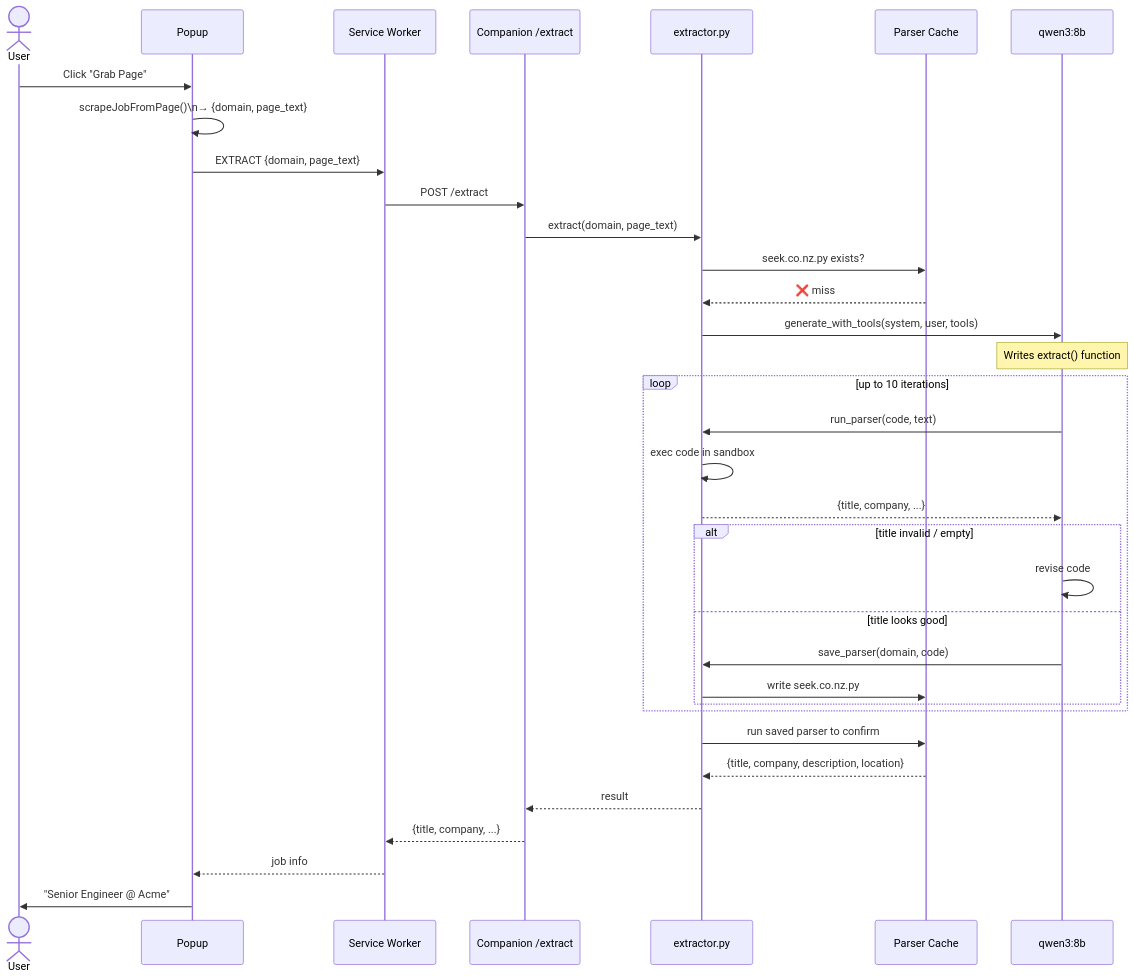
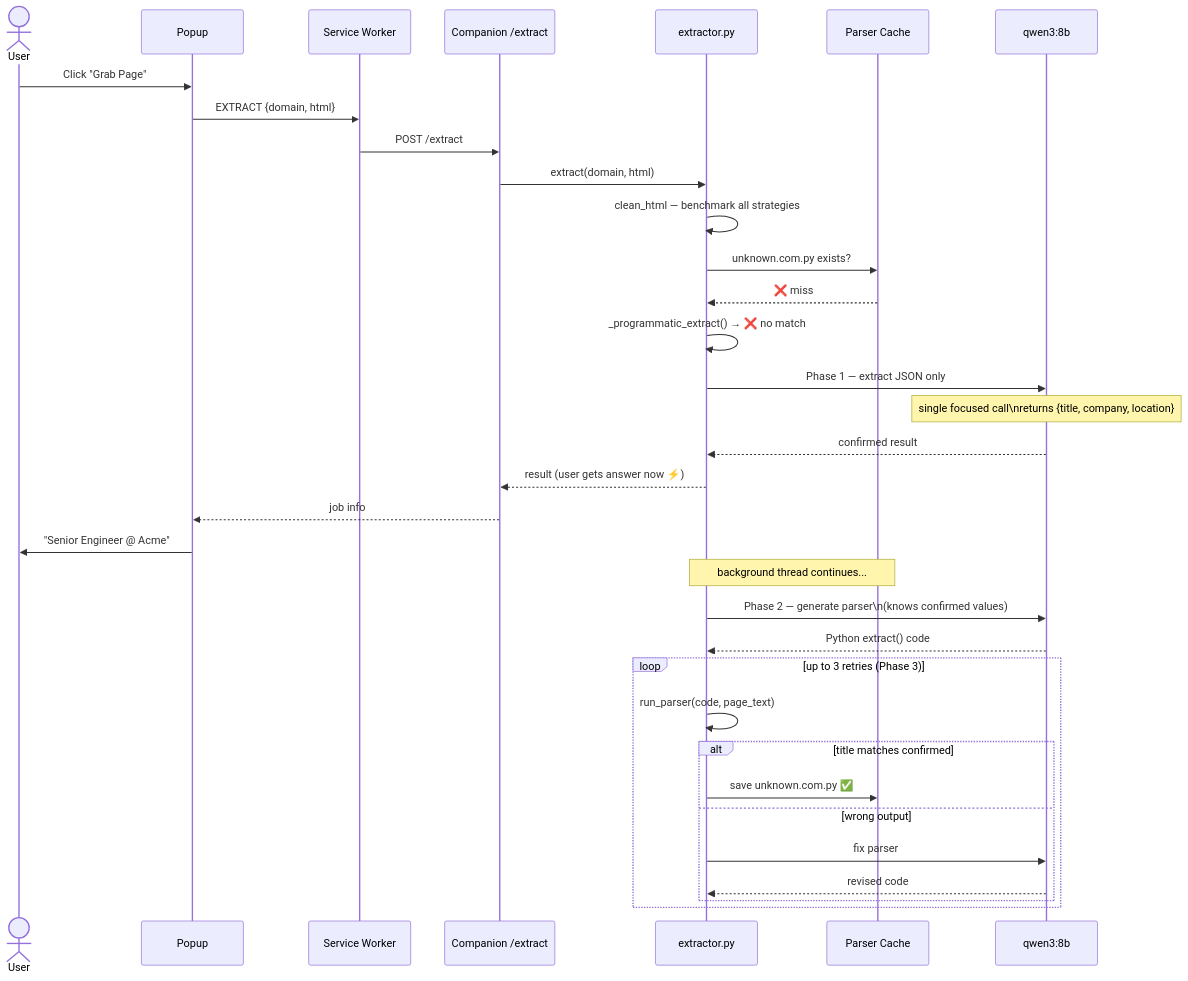
The third of 4 diagrams in README.md (jwongso/overhired), drawn with Mermaid before and after one commit. The commit also changed other lines of this file, not shown here.

First line of the commit message:
docs: update README and Mermaid diagrams for current architecture

````diff
--- a/README.md
+++ b/README.md
@@ -136,40 +222,39 @@
 ```mermaid
 sequenceDiagram
     actor User
     participant Popup
     participant SW as Service Worker
     participant API as Companion /extract
     participant Ext as extractor.py
     participant Cache as Parser Cache
     participant LLM as qwen3:8b
 
     User->>Popup: Click "Grab Page"
-    Popup->>Popup: scrapeJobFromPage()\n→ {domain, page_text}
-    Popup->>SW: EXTRACT {domain, page_text}
+    Popup->>SW: EXTRACT {domain, html}
     SW->>API: POST /extract
-    API->>Ext: extract(domain, page_text)
-    Ext->>Cache: seek.co.nz.py exists?
+    API->>Ext: extract(domain, html)
+    Ext->>Ext: clean_html — benchmark all strategies
+    Ext->>Cache: unknown.com.py exists?
     Cache-->>Ext: ❌ miss
+    Ext->>Ext: _programmatic_extract() → ❌ no match
 
-    Ext->>LLM: generate_with_tools(system, user, tools)
-    Note over LLM: Writes extract() function
+    Ext->>LLM: Phase 1 — extract JSON only
+    Note over LLM: single focused call\nreturns {title, company, location}
+    LLM-->>Ext: confirmed result
+    Ext-->>API: result (user gets answer now ⚡)
+    API-->>Popup: job info
+    Popup->>User: "Senior Engineer @ Acme"
 
-    loop up to 10 iterations
-        LLM->>Ext: run_parser(code, text)
-        Ext->>Ext: exec code in sandbox
-        Ext-->>LLM: {title, company, ...}
-        alt title invalid / empty
-            LLM->>LLM: revise code
-        else title looks good
-            LLM->>Ext: save_parser(domain, code)
-            Ext->>Cache: write seek.co.nz.py
+    Note over Ext,Cache: background thread continues...
+    Ext->>LLM: Phase 2 — generate parser\n(knows confirmed values)
+    LLM-->>Ext: Python extract() code
+    loop up to 3 retries (Phase 3)
+        Ext->>Ext: run_parser(code, page_text)
+        alt title matches confirmed
+            Ext->>Cache: save unknown.com.py ✅
+        else wrong output
+            Ext->>LLM: fix parser
+            LLM-->>Ext: revised code
         end
     end
-
-    Ext->>Cache: run saved parser to confirm
-    Cache-->>Ext: {title, company, description, location}
-    Ext-->>API: result
-    API-->>SW: {title, company, ...}
-    SW-->>Popup: job info
-    Popup->>User: "Senior Engineer @ Acme"
 ```
````
